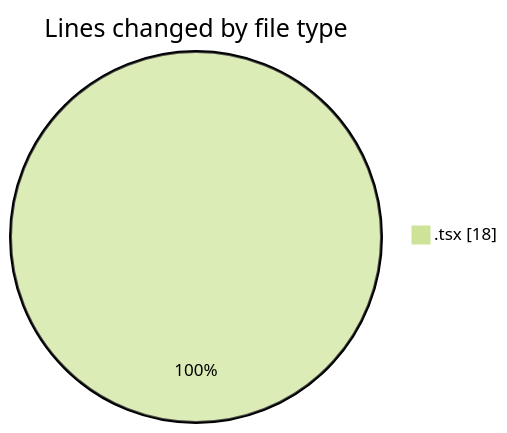
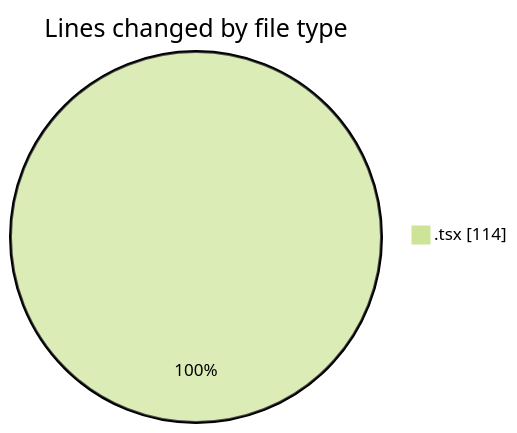
The first of 2 diagrams in 2026-04-09/airfeed-analytics-dashboard/README.md (nxtqubesakshisongat/code-tracking), drawn with Mermaid (forest theme) before and after one commit. The commit also changed other lines of this file and 1 other file, not shown here.

````diff
--- a/2026-04-09/airfeed-analytics-dashboard/README.md
+++ b/2026-04-09/airfeed-analytics-dashboard/README.md
@@ -20,5 +21,5 @@
 ```mermaid
 pie showData
 title Lines changed by file type
-".tsx" : 18
+".tsx" : 114
 ```
````
